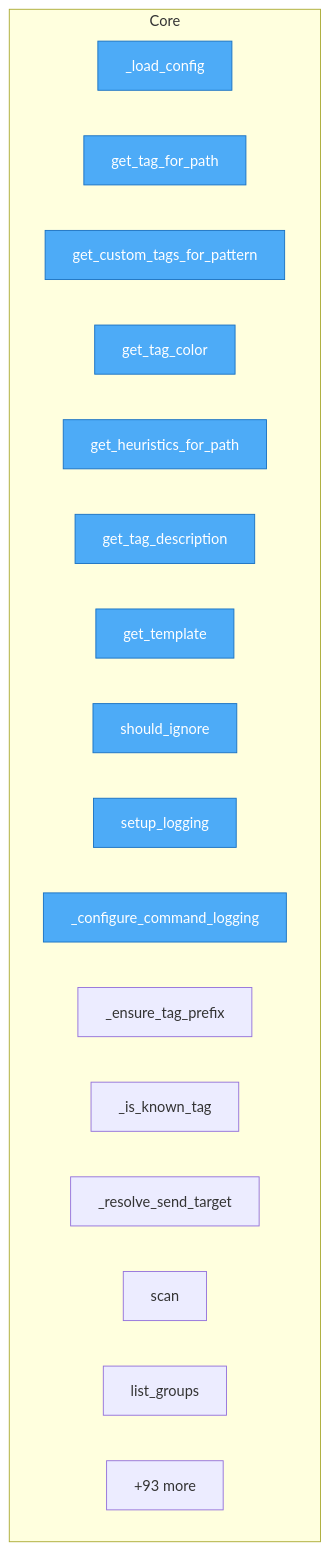
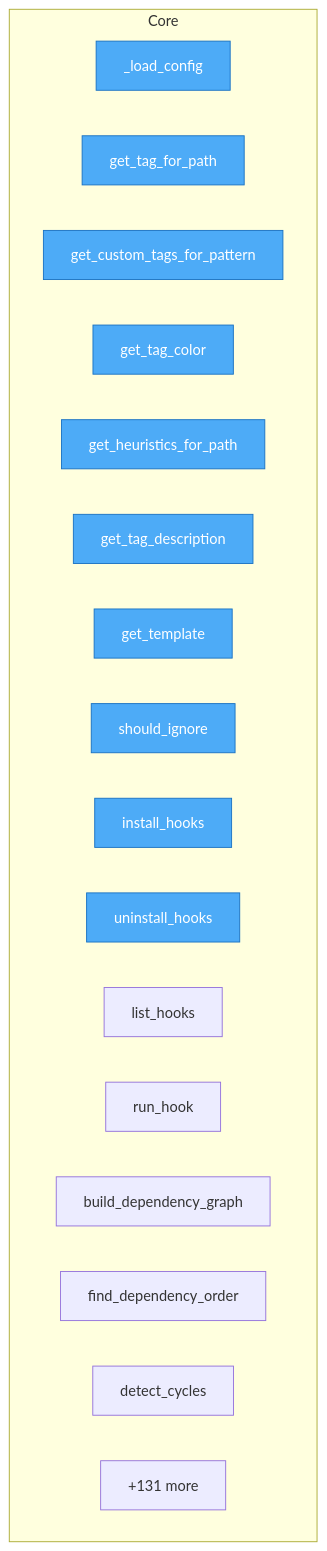
The diagram in project/flow.mmd (semcod/tagi), drawn with Mermaid before and after one commit. The commit also changed 17 other files, not shown here.

```diff
--- a/project/flow.mmd
+++ b/project/flow.mmd
@@ -1,26 +1,26 @@
 flowchart TD
-%% generated in 0.00s
+%% generated in 0.01s
 
     %% Entry points (blue)
     classDef entry fill:#4dabf7,stroke:#1971c2,color:#fff
 
     subgraph Core
         src__tagi__config__Config___load_config["_load_config"]
         src__tagi__config__Config__get_tag_for_path["get_tag_for_path"]
         src__tagi__config__Config__get_custom_tags_for_pattern["get_custom_tags_for_pattern"]
         src__tagi__config__Config__get_tag_color["get_tag_color"]
         src__tagi__config__Config__get_heuristics_for_path["get_heuristics_for_path"]
         src__tagi__config__Config__get_tag_description["get_tag_description"]
         src__tagi__config__Config__get_template["get_template"]
         src__tagi__config__Config__should_ignore["should_ignore"]
-        src__tagi__cli__setup_logging["setup_logging"]
-        src__tagi__cli___configure_command_logging["_configure_command_logging"]
-        src__tagi__cli___ensure_tag_prefix["_ensure_tag_prefix"]
-        src__tagi__cli___is_known_tag["_is_known_tag"]
-        src__tagi__cli___resolve_send_target["_resolve_send_target"]
-        src__tagi__cli__scan["scan"]
-        src__tagi__cli__list_groups["list_groups"]
-        ...["+93 more"]
+        src__tagi__hooks__install_hooks["install_hooks"]
+        src__tagi__hooks__uninstall_hooks["uninstall_hooks"]
+        src__tagi__hooks__list_hooks["list_hooks"]
+        src__tagi__hooks__run_hook["run_hook"]
+        src__tagi__analyzer__dependency_graph__build_dependency_graph["build_dependency_graph"]
+        src__tagi__analyzer__dependency_graph__find_dependency_order["find_dependency_order"]
+        src__tagi__analyzer__dependency_graph__detect_cycles["detect_cycles"]
+        ...["+131 more"]
     end
 
-    class src__tagi__config__Config___load_config,src__tagi__config__Config__get_tag_for_path,src__tagi__config__Config__get_custom_tags_for_pattern,src__tagi__config__Config__get_tag_color,src__tagi__config__Config__get_heuristics_for_path,src__tagi__config__Config__get_tag_description,src__tagi__config__Config__get_template,src__tagi__config__Config__should_ignore,src__tagi__cli__setup_logging,src__tagi__cli___configure_command_logging entry
+    class src__tagi__config__Config___load_config,src__tagi__config__Config__get_tag_for_path,src__tagi__config__Config__get_custom_tags_for_pattern,src__tagi__config__Config__get_tag_color,src__tagi__config__Config__get_heuristics_for_path,src__tagi__config__Config__get_tag_description,src__tagi__config__Config__get_template,src__tagi__config__Config__should_ignore,src__tagi__hooks__install_hooks,src__tagi__hooks__uninstall_hooks entry
```
